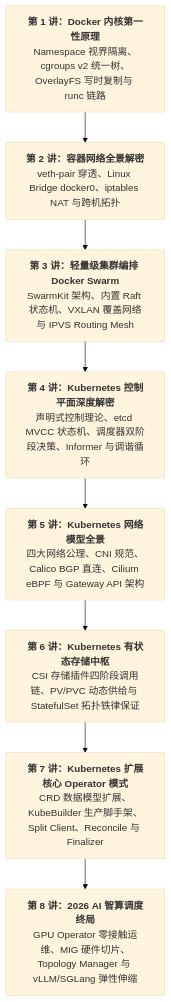
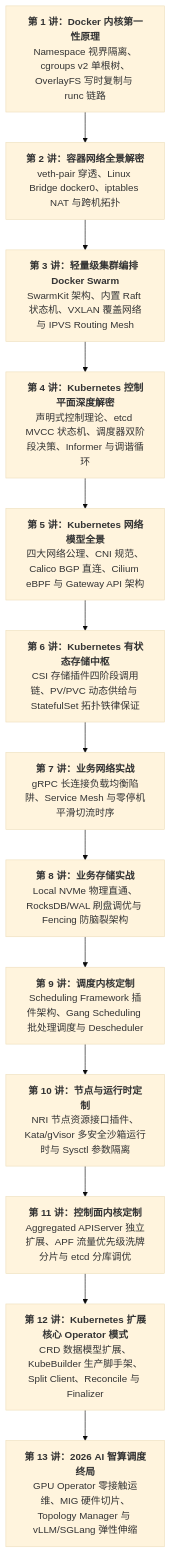
The fourth of 4 diagrams in content/zh/articles/k8s-gpu-operator-ai-inference-scheduling.md (ifnodoraemon/ifnodoraemon.github.io), drawn with Mermaid (base theme) before and after one commit. The commit also changed other lines of this file and 30 other files, not shown here.

Commit message:
feat(series): deepen k8s production architecture and hacking masterclass

````diff
--- a/content/zh/articles/k8s-gpu-operator-ai-inference-scheduling.md
+++ b/content/zh/articles/k8s-gpu-operator-ai-inference-scheduling.md
@@ -236,13 +236,18 @@
 ```mermaid
 flowchart TD
-    Ch1["<b>第 1 讲：Docker 内核第一性原理</b><br/>Namespace 视界隔离、cgroups v2 统一树、OverlayFS 写时复制与 runc 链路"]
+    Ch1["<b>第 1 讲：Docker 内核第一性原理</b><br/>Namespace 视界隔离、cgroups v2 单根树、OverlayFS 写时复制与 runc 链路"]
     Ch2["<b>第 2 讲：容器网络全景解密</b><br/>veth-pair 穿透、Linux Bridge docker0、iptables NAT 与跨机拓扑"]
     Ch3["<b>第 3 讲：轻量级集群编排 Docker Swarm</b><br/>SwarmKit 架构、内置 Raft 状态机、VXLAN 覆盖网络与 IPVS Routing Mesh"]
     Ch4["<b>第 4 讲：Kubernetes 控制平面深度解密</b><br/>声明式控制理论、etcd MVCC 状态机、调度器双阶段决策、Informer 与调谐循环"]
     Ch5["<b>第 5 讲：Kubernetes 网络模型全景</b><br/>四大网络公理、CNI 规范、Calico BGP 直连、Cilium eBPF 与 Gateway API 架构"]
     Ch6["<b>第 6 讲：Kubernetes 有状态存储中枢</b><br/>CSI 存储插件四阶段调用链、PV/PVC 动态供给与 StatefulSet 拓扑铁律保证"]
-    Ch7["<b>第 7 讲：Kubernetes 扩展核心 Operator 模式</b><br/>CRD 数据模型扩展、KubeBuilder 生产脚手架、Split Client、Reconcile 与 Finalizer"]
-    Ch8["<b>第 8 讲：2026 AI 智算调度终局</b><br/>GPU Operator 零接触运维、MIG 硬件切片、Topology Manager 与 vLLM/SGLang 弹性伸缩"]
+    Ch7["<b>第 7 讲：业务网络实战</b><br/>gRPC 长连接负载均衡陷阱、Service Mesh 与零停机平滑切流时序"]
+    Ch8["<b>第 8 讲：业务存储实战</b><br/>Local NVMe 物理直通、RocksDB/WAL 刷盘调优与 Fencing 防脑裂架构"]
+    Ch9["<b>第 9 讲：调度内核定制</b><br/>Scheduling Framework 插件架构、Gang Scheduling 批处理调度与 Descheduler"]
+    Ch10["<b>第 10 讲：节点与运行时定制</b><br/>NRI 节点资源接口插件、Kata/gVisor 多安全沙箱运行时与 Sysctl 参数隔离"]
+    Ch11["<b>第 11 讲：控制面内核定制</b><br/>Aggregated APIServer 独立扩展、APF 流量优先级洗牌分片与 etcd 分库调优"]
+    Ch12["<b>第 12 讲：Kubernetes 扩展核心 Operator 模式</b><br/>CRD 数据模型扩展、KubeBuilder 生产脚手架、Split Client、Reconcile 与 Finalizer"]
+    Ch13["<b>第 13 讲：2026 AI 智算调度终局</b><br/>GPU Operator 零接触运维、MIG 硬件切片、Topology Manager 与 vLLM/SGLang 弹性伸缩"]
 
-    Ch1 --> Ch2 --> Ch3 --> Ch4 --> Ch5 --> Ch6 --> Ch7 --> Ch8
+    Ch1 --> Ch2 --> Ch3 --> Ch4 --> Ch5 --> Ch6 --> Ch7 --> Ch8 --> Ch9 --> Ch10 --> Ch11 --> Ch12 --> Ch13
 ```
````
